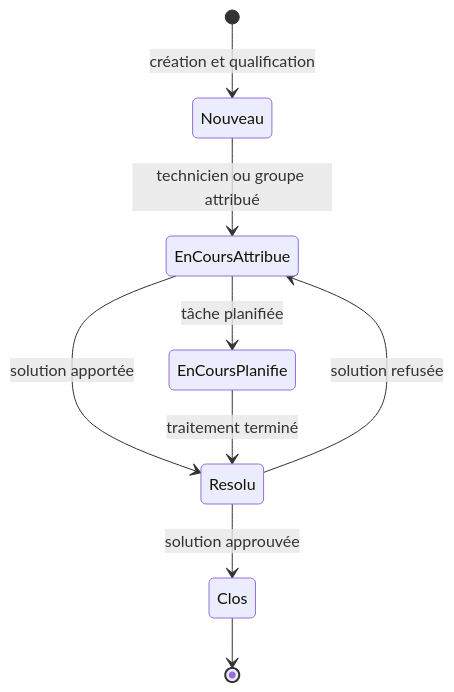
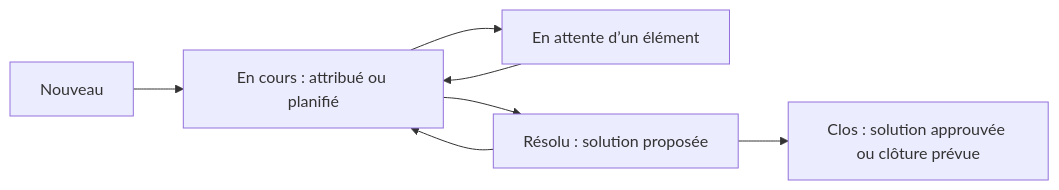
One commit to sk34pk25/tssr-cours changed the diagram in docs/modules/06-sensibilisation-itil-gestion-parc/module-09-assistance-avec-glpi.md. Above: the diagram before and after it, drawn with Mermaid. The commit also changed other lines of this file and 864 other files, not shown here.

````diff
--- a/docs/modules/06-sensibilisation-itil-gestion-parc/module-09-assistance-avec-glpi.md
+++ b/docs/modules/06-sensibilisation-itil-gestion-parc/module-09-assistance-avec-glpi.md
@@ -30,11 +20,9 @@
 ```mermaid
-stateDiagram-v2
-    [*] --> Nouveau: création et qualification
-    Nouveau --> EnCoursAttribue: technicien ou groupe attribué
-    EnCoursAttribue --> EnCoursPlanifie: tâche planifiée
-    EnCoursAttribue --> Resolu: solution apportée
-    EnCoursPlanifie --> Resolu: traitement terminé
-    Resolu --> Clos: solution approuvée
-    Resolu --> EnCoursAttribue: solution refusée
-    Clos --> [*]
+flowchart LR
+    N["Nouveau"] --> A["En cours : attribué ou planifié"]
+    A --> W["En attente d’un élément"]
+    W --> A
+    A --> R["Résolu : solution proposée"]
+    R --> C["Clos : solution approuvée ou clôture prévue"]
+    R --> A
 ```
````
